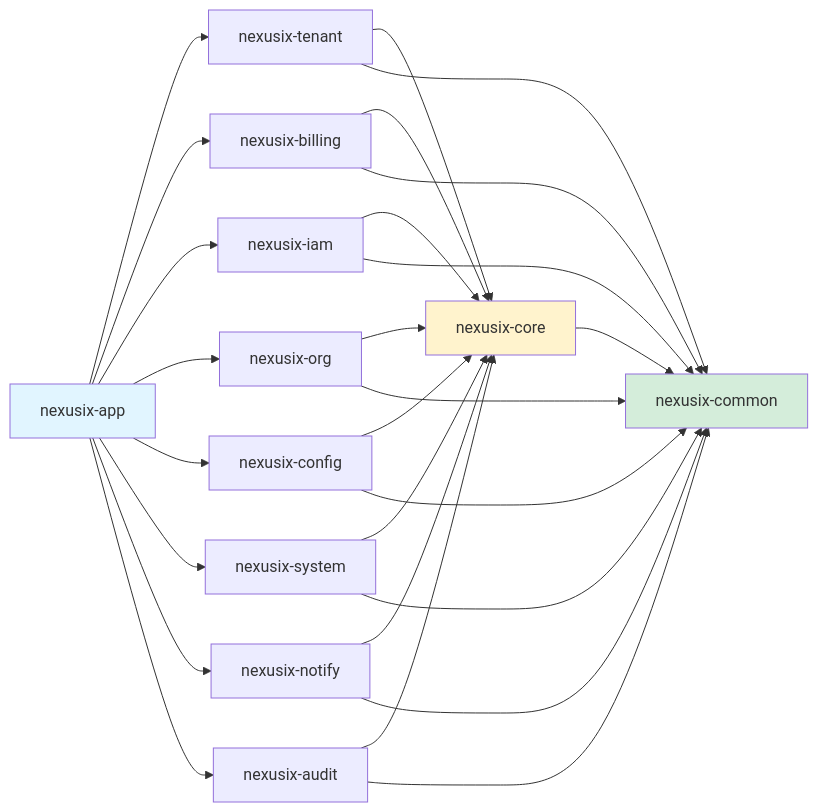
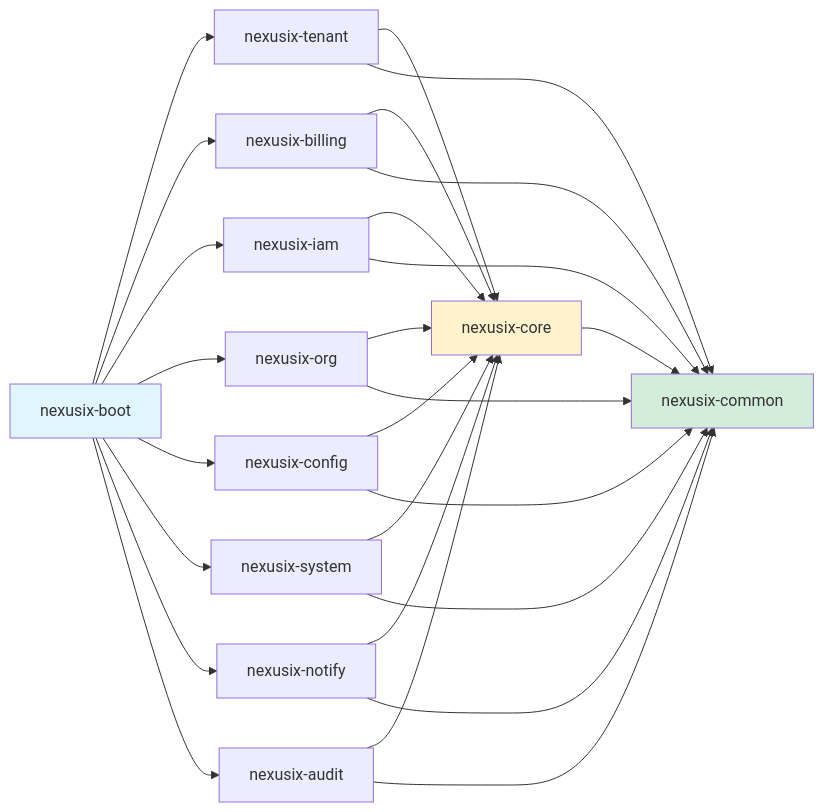
The second of 2 diagrams in docs/技术开发设计文档.md (shy-doki/nexusix-platform), drawn with Mermaid before and after one commit. The commit also changed other lines of this file and 26 other files, not shown here.

````diff
--- a/docs/技术开发设计文档.md
+++ b/docs/技术开发设计文档.md
@@ -229,34 +229,34 @@
 ```mermaid
 graph LR
-    App[nexusix-app] --> Tenant[nexusix-tenant]
+    App[nexusix-boot] --> Tenant[nexusix-tenant]
     App --> Billing[nexusix-billing]
     App --> IAM[nexusix-iam]
     App --> Org[nexusix-org]
     App --> Config[nexusix-config]
     App --> System[nexusix-system]
     App --> Notify[nexusix-notify]
     App --> Audit[nexusix-audit]
 
     Tenant --> Core[nexusix-core]
     Billing --> Core
     IAM --> Core
     Org --> Core
     Config --> Core
     System --> Core
     Notify --> Core
     Audit --> Core
 
     Core --> Common[nexusix-common]
     Tenant --> Common
     Billing --> Common
     IAM --> Common
     Org --> Common
     Config --> Common
     System --> Common
     Notify --> Common
     Audit --> Common
 
     style App fill:#e1f5ff
     style Core fill:#fff3cd
     style Common fill:#d4edda
 ```
````
